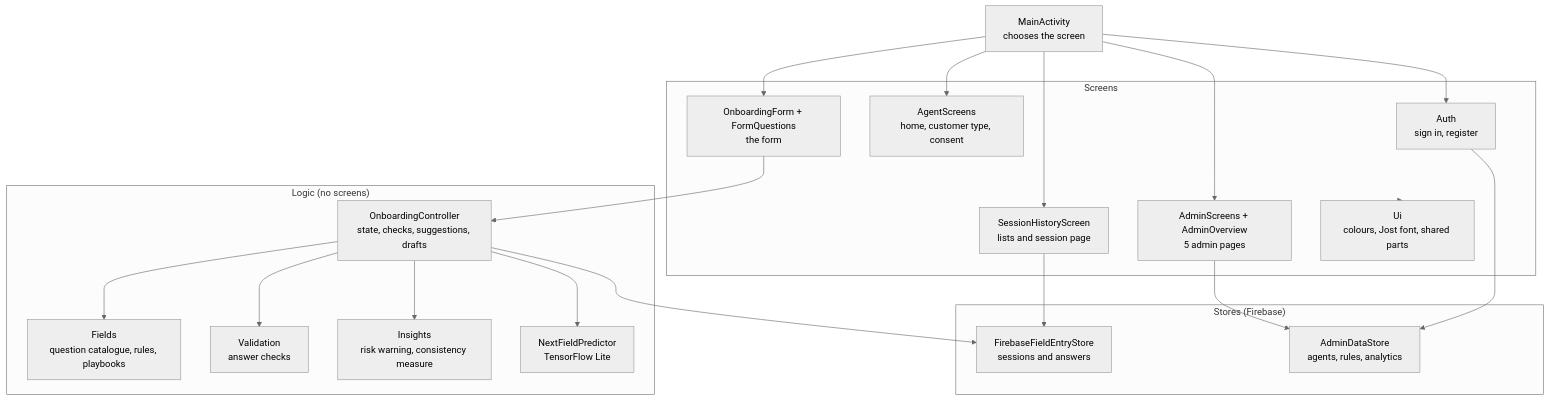
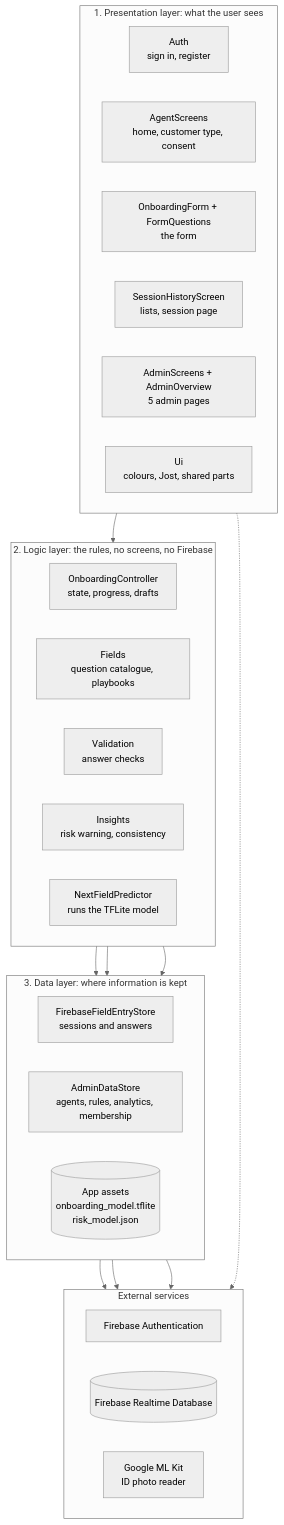
One commit to NicoleMumo/SALES-ONBOARDING-GUIDANCE-SYSTEM-AI- changed the second of 5 diagrams in docs/04-system-architecture.md. Above: the diagram before and after it, drawn with Mermaid (neutral theme). The commit also changed other lines of this file, not shown here.

Commit message:
docs: show the app layers (presentation, logic, data) in the architecture guide

````diff
--- a/docs/04-system-architecture.md
+++ b/docs/04-system-architecture.md
@@ -56,35 +56,44 @@
 ```mermaid
 flowchart TB
-    MAIN["MainActivity<br/>chooses the screen"]
-
-    subgraph Screens["Screens"]
+    subgraph P["1. Presentation layer: what the user sees"]
+        direction LR
         AUTHUI["Auth<br/>sign in, register"]
         AGENT["AgentScreens<br/>home, customer type, consent"]
         FORM["OnboardingForm + FormQuestions<br/>the form"]
-        HIST["SessionHistoryScreen<br/>lists and session page"]
+        HIST["SessionHistoryScreen<br/>lists, session page"]
         ADMIN["AdminScreens + AdminOverview<br/>5 admin pages"]
-        UIKIT["Ui<br/>colours, Jost font, shared parts"]
+        UIKIT["Ui<br/>colours, Jost, shared parts"]
     end
 
-    subgraph Logic["Logic (no screens)"]
-        CTRL["OnboardingController<br/>state, checks, suggestions, drafts"]
-        FIELDS["Fields<br/>question catalogue, rules, playbooks"]
+    subgraph L["2. Logic layer: the rules, no screens, no Firebase"]
+        direction LR
+        CTRL["OnboardingController<br/>state, progress, drafts"]
+        FIELDS["Fields<br/>question catalogue, playbooks"]
         VALID["Validation<br/>answer checks"]
-        INSIGHT["Insights<br/>risk warning, consistency measure"]
-        PRED["NextFieldPredictor<br/>TensorFlow Lite"]
+        INSIGHT["Insights<br/>risk warning, consistency"]
+        PRED["NextFieldPredictor<br/>runs the TFLite model"]
     end
 
-    subgraph Stores["Stores (Firebase)"]
+    subgraph D["3. Data layer: where information is kept"]
+        direction LR
         ENTRY["FirebaseFieldEntryStore<br/>sessions and answers"]
-        ADMINSTORE["AdminDataStore<br/>agents, rules, analytics"]
+        ADMINSTORE["AdminDataStore<br/>agents, rules, analytics, membership"]
+        ASSETS[("App assets<br/>onboarding_model.tflite<br/>risk_model.json")]
     end
 
-    MAIN --> AUTHUI & AGENT & FORM & HIST & ADMIN
-    FORM --> CTRL
-    CTRL --> FIELDS & VALID & INSIGHT & PRED
-    CTRL --> ENTRY
-    HIST --> ENTRY
-    ADMIN --> ADMINSTORE
-    AUTHUI --> ADMINSTORE
-    Screens -.-> UIKIT
+    subgraph X["External services"]
+        direction LR
+        FBAUTH["Firebase Authentication"]
+        FBDB[("Firebase Realtime Database")]
+        MLKIT["Google ML Kit<br/>ID photo reader"]
+    end
+
+    P --> L
+    L --> D
+    ENTRY --> FBDB
+    ADMINSTORE --> FBDB
+    ADMINSTORE --> FBAUTH
+    PRED --> ASSETS
+    INSIGHT --> ASSETS
+    FORM -.-> MLKIT
 ```
````
